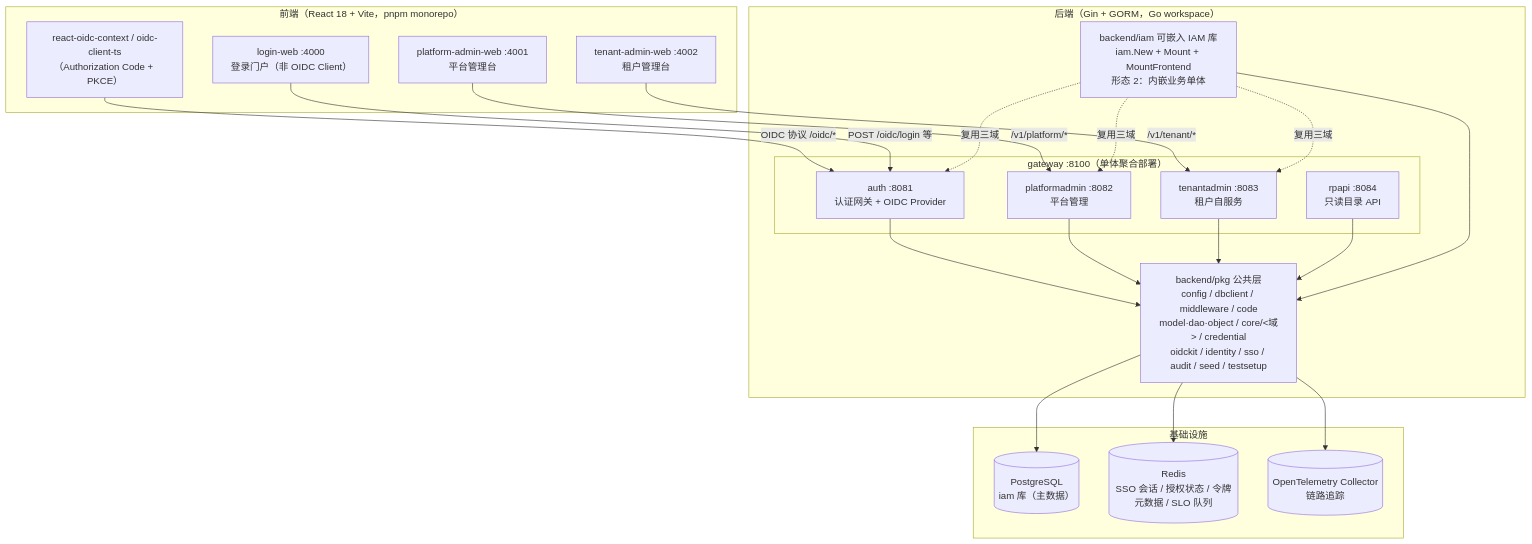
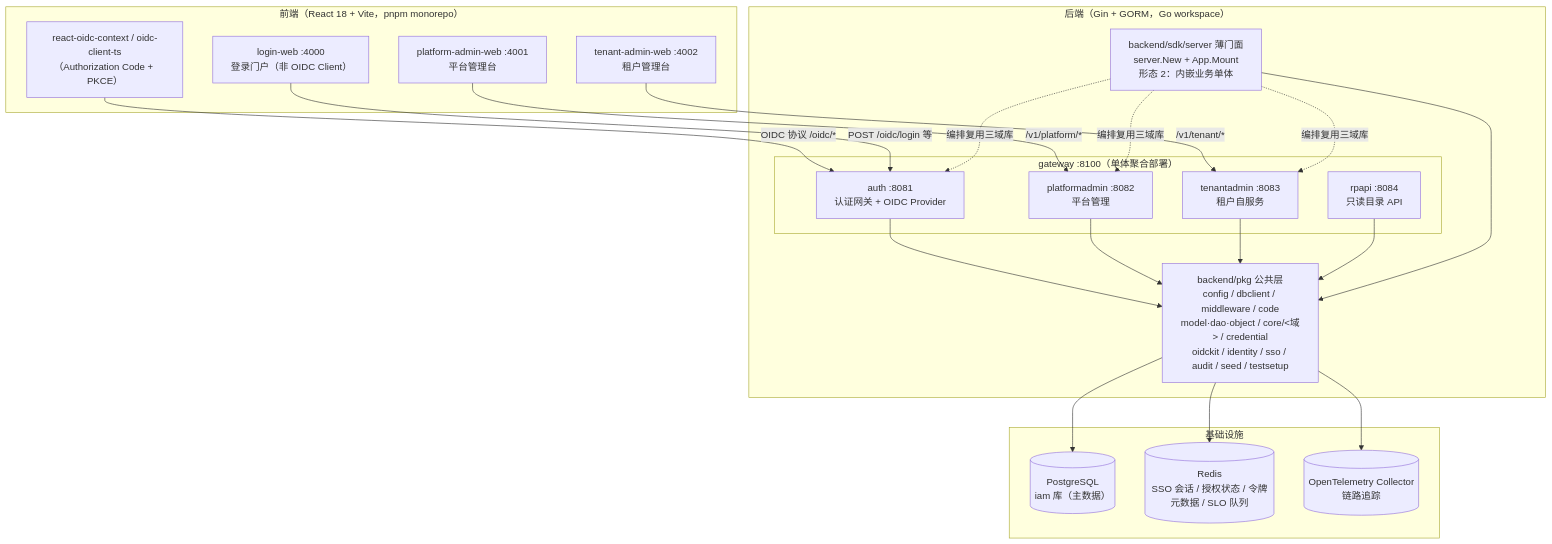
One commit to morehao/ark-iam changed the first of 15 diagrams in docs/design/system-design.md. Above: the diagram before and after it, drawn with Mermaid. The commit also changed other lines of this file and 6 other files, not shown here.

First line of the commit message:
docs(design): 同步分层倒置——backend/iam 删除、sdk/server 门面替代、去 embedded-iam-demo/MountFrontend

````diff
--- a/docs/design/system-design.md
+++ b/docs/design/system-design.md
@@ -61,42 +61,42 @@
 ```mermaid
 flowchart TB
     subgraph FE["前端（React 18 + Vite，pnpm monorepo）"]
         LW["login-web :4000<br/>登录门户（非 OIDC Client）"]
         PW["platform-admin-web :4001<br/>平台管理台"]
         TW["tenant-admin-web :4002<br/>租户管理台"]
         OIDCSDK["react-oidc-context / oidc-client-ts<br/>（Authorization Code + PKCE）"]
     end
 
     subgraph BE["后端（Gin + GORM，Go workspace）"]
         subgraph GATEWAY["gateway :8100（单体聚合部署）"]
             AUTH["auth :8081<br/>认证网关 + OIDC Provider"]
             PLAT["platformadmin :8082<br/>平台管理"]
             TENANT["tenantadmin :8083<br/>租户自服务"]
             RPAPI["rpapi :8084<br/>只读目录 API"]
         end
-        IAMLIB["backend/iam 可嵌入 IAM 库<br/>iam.New + Mount + MountFrontend<br/>形态 2：内嵌业务单体"]
+        SDKSERVER["backend/sdk/server 薄门面<br/>server.New + App.Mount<br/>形态 2：内嵌业务单体"]
         PKG["backend/pkg 公共层<br/>config / dbclient / middleware / code<br/>model·dao·object / core/&lt;域&gt; / credential<br/>oidckit / identity / sso / audit / seed / testsetup"]
     end
 
     subgraph INFRA["基础设施"]
         PG[("PostgreSQL<br/>iam 库（主数据）")]
         REDIS[("Redis<br/>SSO 会话 / 授权状态 / 令牌元数据 / SLO 队列")]
         OTLP[("OpenTelemetry Collector<br/>链路追踪")]
     end
 
     OIDCSDK -->|"OIDC 协议 /oidc/*"| AUTH
     LW -->|"POST /oidc/login 等"| AUTH
     PW -->|"/v1/platform/*"| PLAT
     TW -->|"/v1/tenant/*"| TENANT
     AUTH --> PKG
     PLAT --> PKG
     TENANT --> PKG
     RPAPI --> PKG
-    IAMLIB -.复用三域.-> AUTH
-    IAMLIB -.复用三域.-> PLAT
-    IAMLIB -.复用三域.-> TENANT
-    IAMLIB --> PKG
+    SDKSERVER -.编排复用三域库.-> AUTH
+    SDKSERVER -.编排复用三域库.-> PLAT
+    SDKSERVER -.编排复用三域库.-> TENANT
+    SDKSERVER --> PKG
     PKG --> PG
     PKG --> REDIS
     PKG --> OTLP
 ```
````
